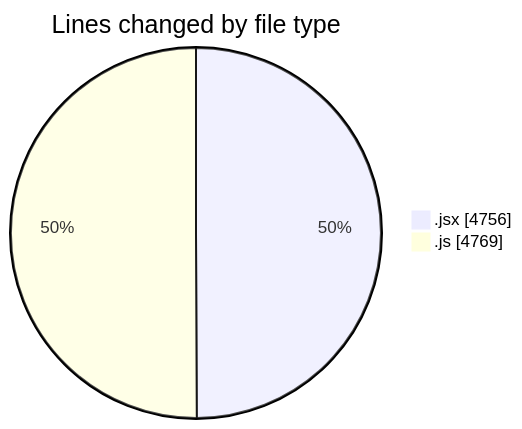
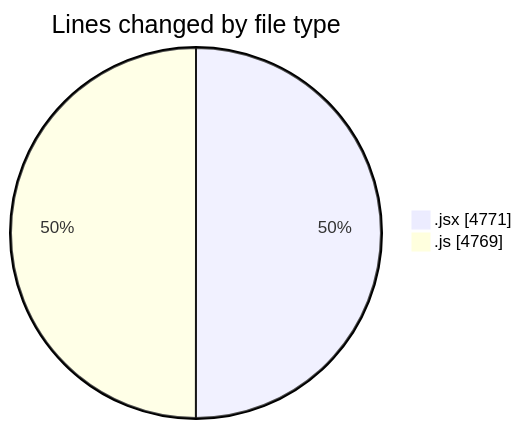
The first of 2 diagrams in 2025-11-06/nxtqube_webapp/README.md (nxtqubesakshisongat/code-tracking), drawn with Mermaid before and after one commit. The commit also changed other lines of this file and 1 other file, not shown here.

````diff
--- a/2025-11-06/nxtqube_webapp/README.md
+++ b/2025-11-06/nxtqube_webapp/README.md
@@ -34,6 +34,6 @@
 ```mermaid
 pie showData
 title Lines changed by file type
-".jsx" : 4756
+".jsx" : 4771
 ".js" : 4769
 ```
````
